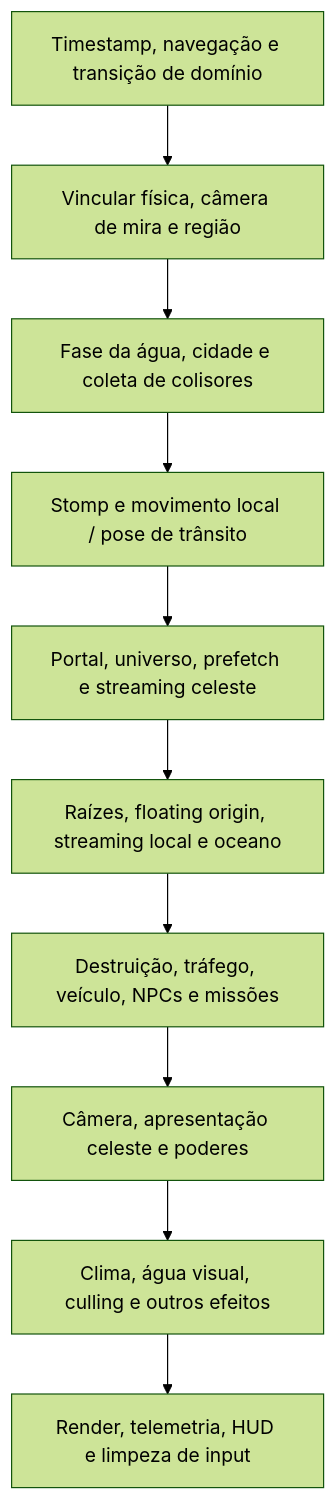
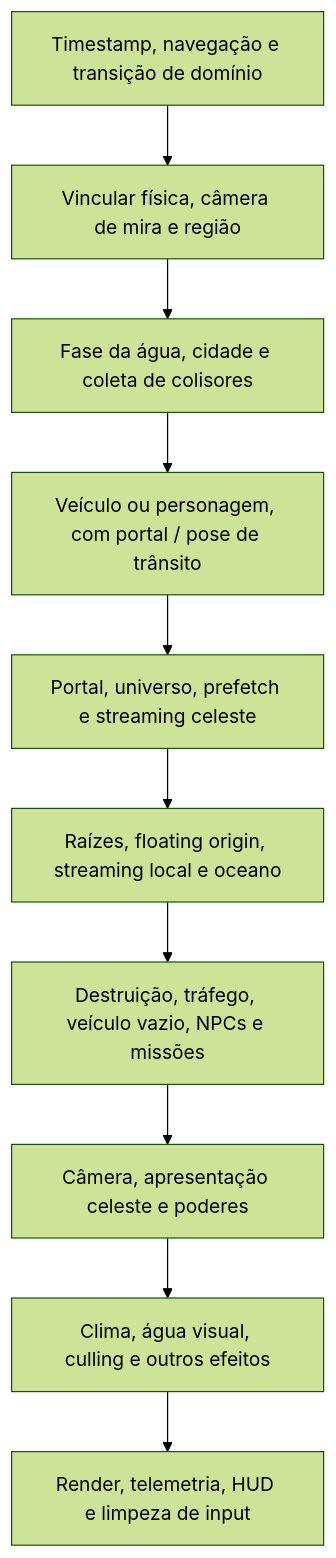
Before and after one commit to PauloSoaf/Dr-Manaus: the diagram in docs/autonomous-development/foundation/FOUNDATION-01.md, drawn with Mermaid (forest theme). The commit also changed other lines of this file and 8 other files, not shown here.

````diff
--- a/docs/autonomous-development/foundation/FOUNDATION-01.md
+++ b/docs/autonomous-development/foundation/FOUNDATION-01.md
@@ -7,12 +7,12 @@
 ```mermaid
 flowchart TD
   A["Timestamp, navegação e transição de domínio"] --> B["Vincular física, câmera de mira e região"]
   B --> C["Fase da água, cidade e coleta de colisores"]
-  C --> D["Stomp e movimento local / pose de trânsito"]
+  C --> D["Veículo ou personagem, com portal / pose de trânsito"]
   D --> E["Portal, universo, prefetch e streaming celeste"]
   E --> F["Raízes, floating origin, streaming local e oceano"]
-  F --> G["Destruição, tráfego, veículo, NPCs e missões"]
+  F --> G["Destruição, tráfego, veículo vazio, NPCs e missões"]
   G --> H["Câmera, apresentação celeste e poderes"]
   H --> I["Clima, água visual, culling e outros efeitos"]
   I --> J["Render, telemetria, HUD e limpeza de input"]
 ```
````
